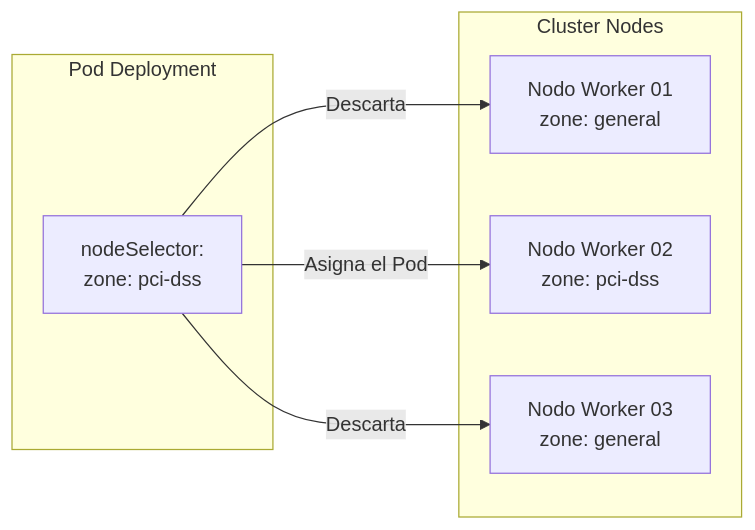
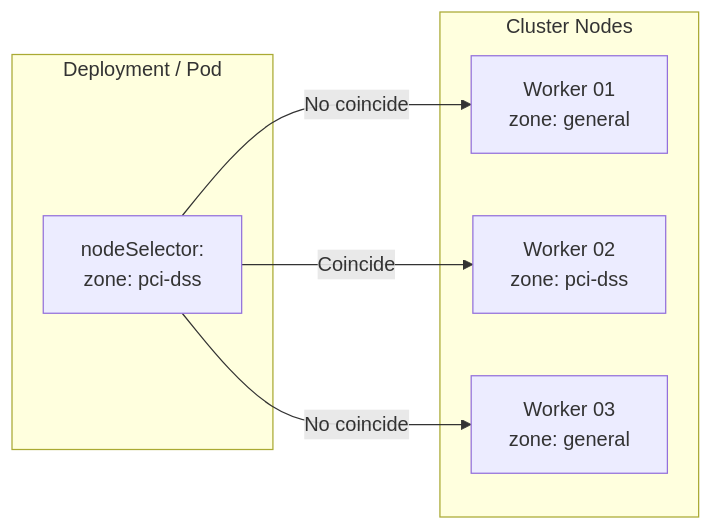
The sixth of 7 diagrams in docs/sesion4/4.2 Recursoso, cuotas y ubicación.md (ieftraining/curso-openshift), drawn with Mermaid before and after one commit. The commit also changed other lines of this file, not shown here.

````diff
--- a/docs/sesion4/4.2 Recursoso, cuotas y ubicación.md
+++ b/docs/sesion4/4.2 Recursoso, cuotas y ubicación.md
@@ -312,16 +370,16 @@
 ```mermaid
 flowchart LR
-    subgraph Pod Deployment
-        A["nodeSelector:<br>zone: pci-dss"]
+    subgraph Aplicacion[Deployment / Pod]
+        A["nodeSelector:<br/>zone: pci-dss"]
     end
 
-    subgraph Cluster Nodes
-        N1["Nodo Worker 01<br>zone: general"]
-        N2["Nodo Worker 02<br>zone: pci-dss"]
-        N3["Nodo Worker 03<br>zone: general"]
+    subgraph Nodos[Cluster Nodes]
+        N1["Worker 01<br/>zone: general"]
+        N2["Worker 02<br/>zone: pci-dss"]
+        N3["Worker 03<br/>zone: general"]
     end
 
-    A -->|Descarta| N1
-    A -->|Asigna el Pod| N2
-    A -->|Descarta| N3
+    A -->|No coincide| N1
+    A -->|Coincide| N2
+    A -->|No coincide| N3
 ```
````
